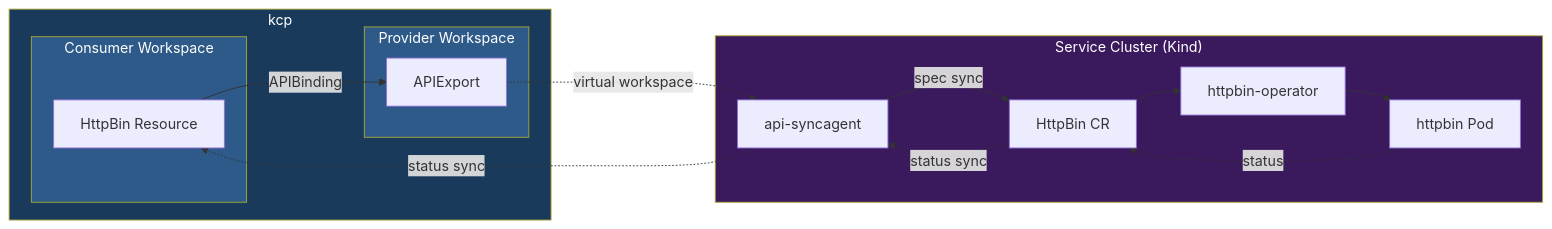
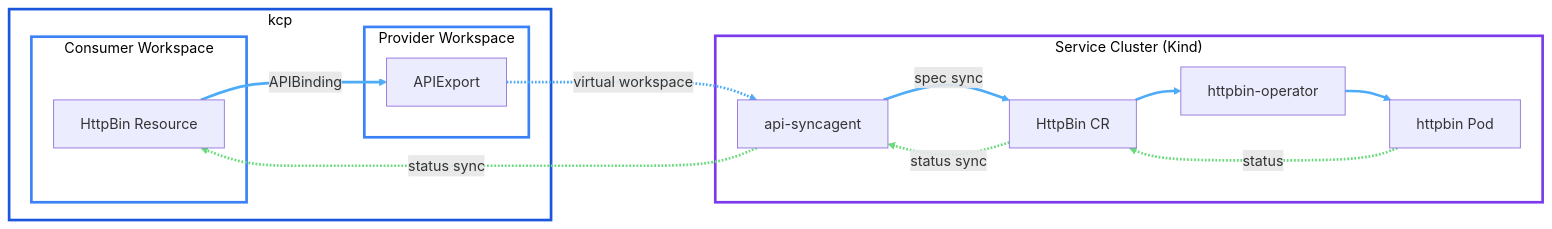
Before and after one commit to platform-mesh/platform-mesh.github.io: the first of 2 diagrams in guides/provider-quick-start.md, drawn with Mermaid. The commit also changed 12 other files, not shown here.

````diff
--- a/guides/provider-quick-start.md
+++ b/guides/provider-quick-start.md
@@ -40,32 +40,41 @@
 ```mermaid
 flowchart LR
     subgraph kcp["kcp"]
         subgraph cw["Consumer Workspace"]
             httpbin_res["HttpBin Resource"]
         end
         subgraph pw["Provider Workspace"]
             apiexport["APIExport"]
         end
     end
 
     subgraph sc["Service Cluster (Kind)"]
         agent["api-syncagent"]
         httpbin_local["HttpBin CR"]
         operator["httpbin-operator"]
         pod["httpbin Pod"]
     end
 
     httpbin_res -- "APIBinding" --> apiexport
     apiexport -. "virtual workspace" .-> agent
     agent -- "spec sync" --> httpbin_local
     httpbin_local --> operator
     operator --> pod
     pod -. "status" .-> httpbin_local
     httpbin_local -. "status sync" .-> agent
     agent -. "status sync" .-> httpbin_res
 
-    style kcp fill:#1a3a5c,color:#fff
-    style cw fill:#2d5a88,color:#fff
-    style pw fill:#2d5a88,color:#fff
-    style sc fill:#3a1a5c,color:#fff
+    style kcp fill:none,stroke:#1a56db,stroke-width:3px,color:inherit
+    style cw fill:none,stroke:#3b82f6,stroke-width:3px,color:inherit
+    style pw fill:none,stroke:#3b82f6,stroke-width:3px,color:inherit
+    style sc fill:none,stroke:#7c3aed,stroke-width:3px,color:inherit
+
+    linkStyle 0 stroke:#4dabf7,stroke-width:3px
+    linkStyle 1 stroke:#4dabf7,stroke-width:3px
+    linkStyle 2 stroke:#4dabf7,stroke-width:3px
+    linkStyle 3 stroke:#4dabf7,stroke-width:3px
+    linkStyle 4 stroke:#4dabf7,stroke-width:3px
+    linkStyle 5 stroke:#69db7c,stroke-width:3px
+    linkStyle 6 stroke:#69db7c,stroke-width:3px
+    linkStyle 7 stroke:#69db7c,stroke-width:3px
 ```
````
